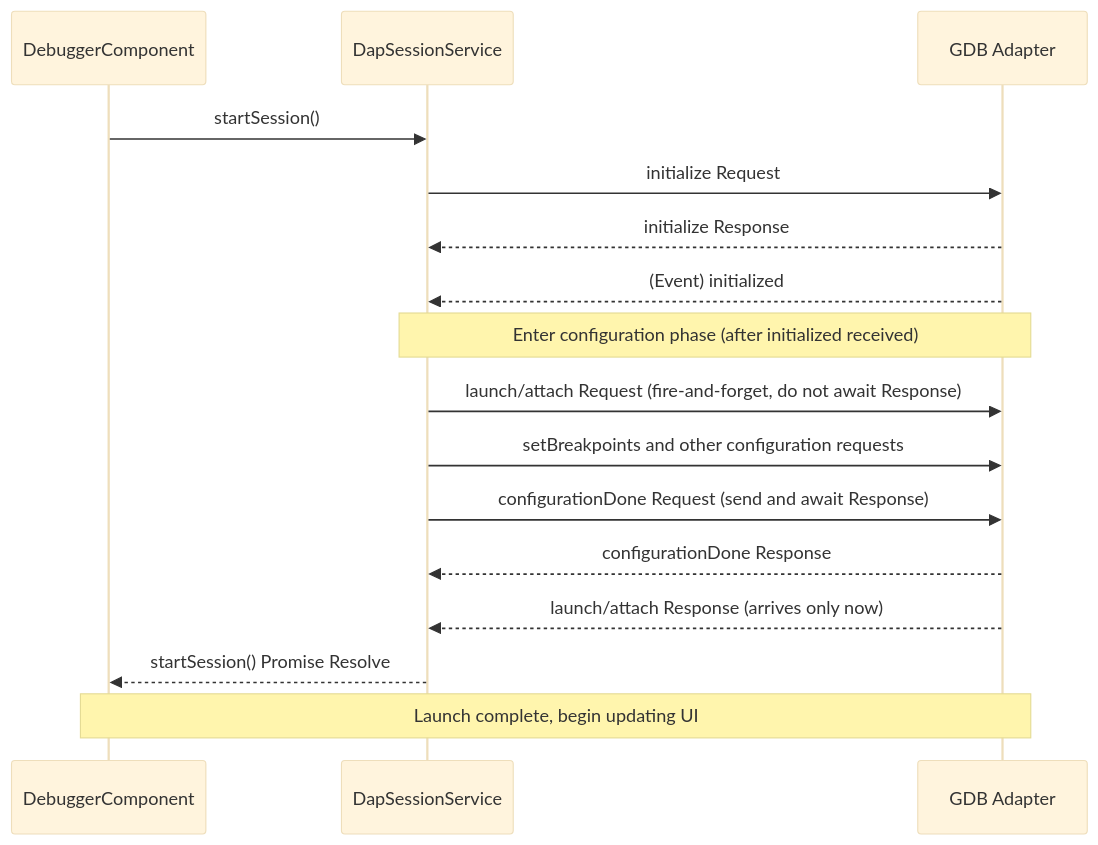
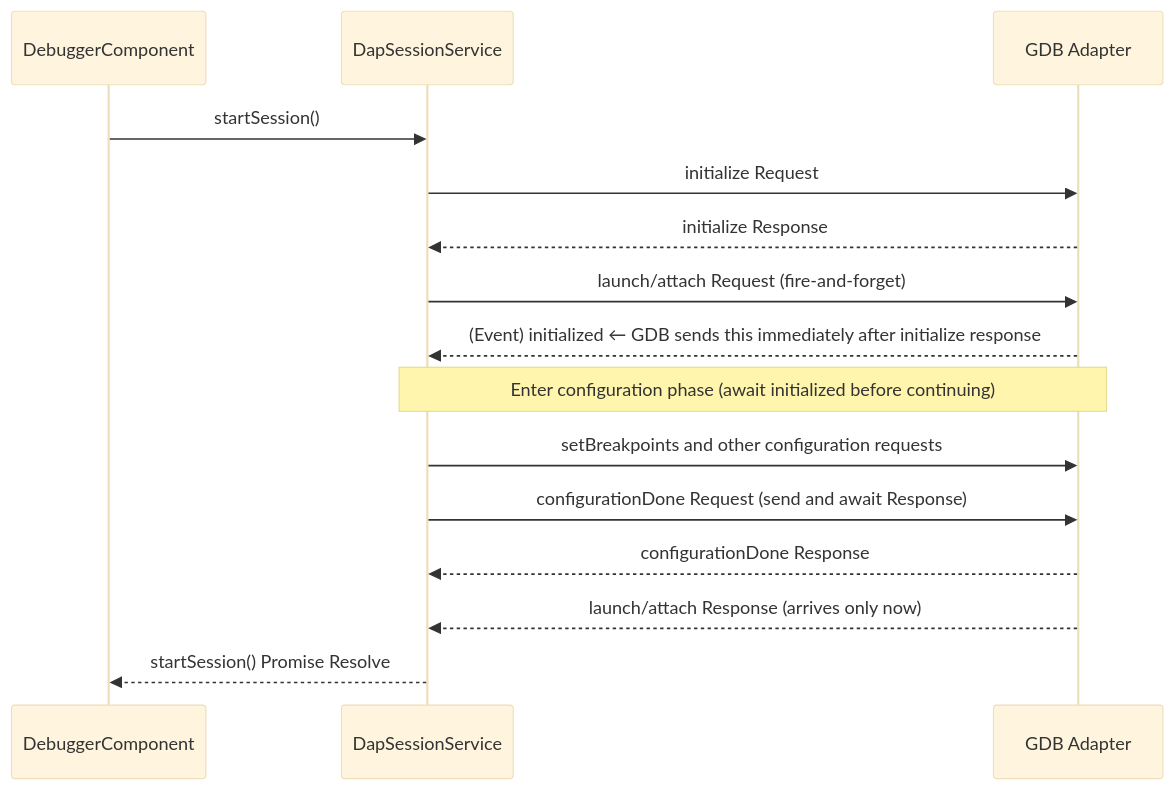
Before and after one commit to tangpo387-arch/taro-debugger: the first of 2 diagrams in docs/dap-integration-faq.md, drawn with Mermaid (base theme). The commit also changed other lines of this file and 3 other files, not shown here.

Commit message:
refactor: update DAP session initialization sequence to support both early and late initialized events by sending launch/attach requests before awaiting the event.

````diff
--- a/docs/dap-integration-faq.md
+++ b/docs/dap-integration-faq.md
@@ -82,19 +100,18 @@
 ```mermaid
 sequenceDiagram
     participant IDE as DebuggerComponent
     participant Service as DapSessionService
     participant Adapter as GDB Adapter
 
     IDE->>Service: startSession()
     Service->>Adapter: initialize Request
     Adapter-->>Service: initialize Response
-    Adapter-->>Service: (Event) initialized
-    Note over Service, Adapter: Enter configuration phase (after initialized received)
-    Service->>Adapter: launch/attach Request (fire-and-forget, do not await Response)
+    Service->>Adapter: launch/attach Request (fire-and-forget)
+    Adapter-->>Service: (Event) initialized ← GDB sends this immediately after initialize response
+    Note over Service, Adapter: Enter configuration phase (await initialized before continuing)
     Service->>Adapter: setBreakpoints and other configuration requests
     Service->>Adapter: configurationDone Request (send and await Response)
     Adapter-->>Service: configurationDone Response
     Adapter-->>Service: launch/attach Response (arrives only now)
     Service-->>IDE: startSession() Promise Resolve
-    Note over IDE, Adapter: Launch complete, begin updating UI
 ```
````
